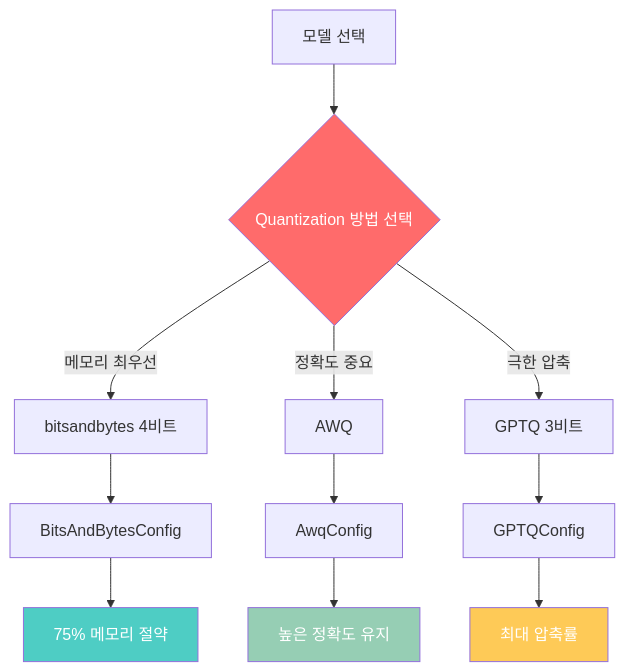
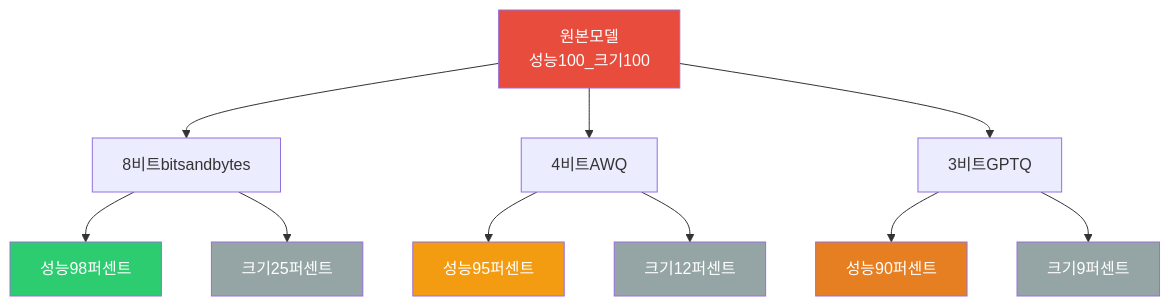
One commit to welnailetter-bot/welnailetter-bot.github.io changed the fourth of 5 diagrams in _posts/2025-08-05-ai-quantization-complete-guide.md. Above: the diagram before and after it, drawn with Mermaid. The commit also changed other lines of this file, not shown here.

```diff
--- a/_posts/2025-08-05-ai-quantization-complete-guide.md
+++ b/_posts/2025-08-05-ai-quantization-complete-guide.md
@@ -148,20 +240,23 @@
 <div class="mermaid">
 flowchart TD
-    A[모델 선택] --> B{Quantization 방법 선택}
-    B -->|메모리 최우선| C[bitsandbytes 4비트]
-    B -->|정확도 중요| D[AWQ]
-    B -->|극한 압축| E[GPTQ 3비트]
-    
-    C --> F[BitsAndBytesConfig]
-    D --> G[AwqConfig]
-    E --> H[GPTQConfig]
-    
-    F --> I[75% 메모리 절약]
-    G --> J[높은 정확도 유지]
-    H --> K[최대 압축률]
-    
-    style B fill:#ff6b6b,color:#fff
-    style I fill:#4ecdc4,color:#fff
-    style J fill:#96ceb4,color:#fff
-    style K fill:#feca57,color:#fff
+    A[원본모델<br/>성능100_크기100] --> B[8비트bitsandbytes]
+    A --> C[4비트AWQ]
+    A --> D[3비트GPTQ]
+
+    B --> B1[성능98퍼센트]
+    B --> B2[크기25퍼센트]
+
+    C --> C1[성능95퍼센트]
+    C --> C2[크기12퍼센트]
+
+    D --> D1[성능90퍼센트]
+    D --> D2[크기9퍼센트]
+
+    style A fill:#e74c3c,color:#fff
+    style B1 fill:#2ecc71,color:#fff
+    style C1 fill:#f39c12,color:#fff
+    style D1 fill:#e67e22,color:#fff
+    style B2 fill:#95a5a6,color:#fff
+    style C2 fill:#95a5a6,color:#fff
+    style D2 fill:#95a5a6,color:#fff
 </div>
```
